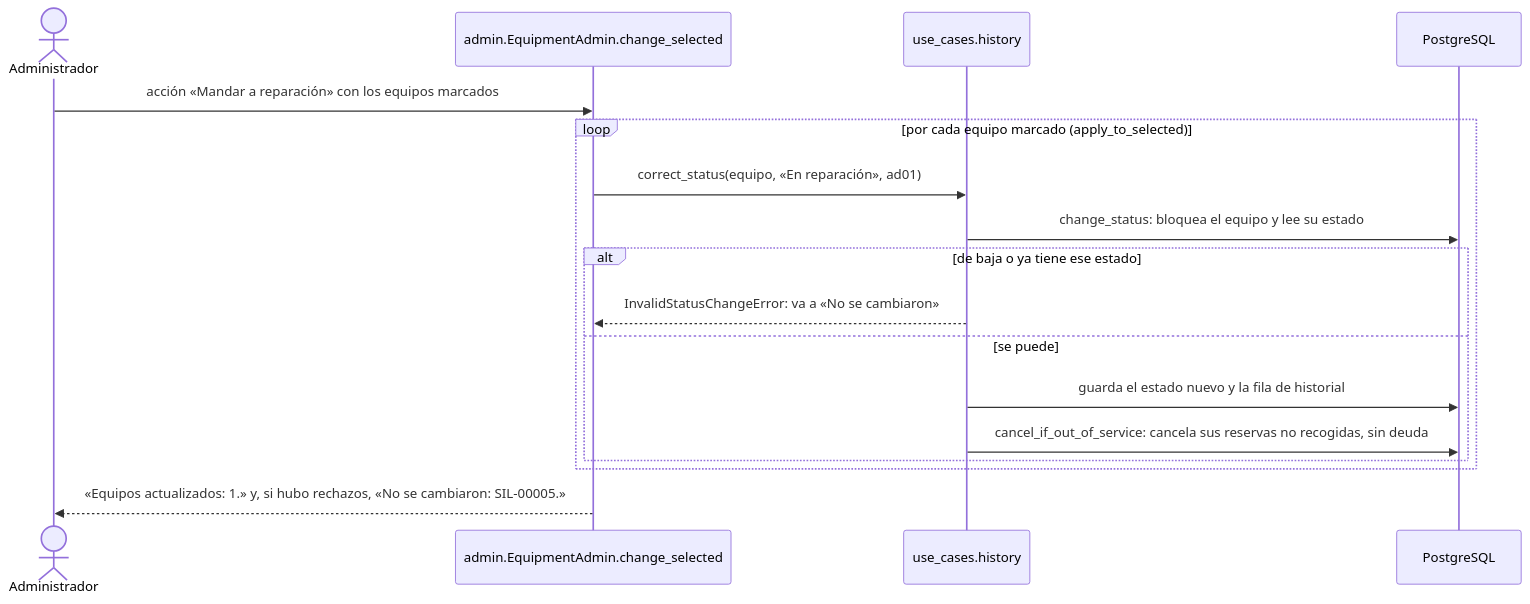
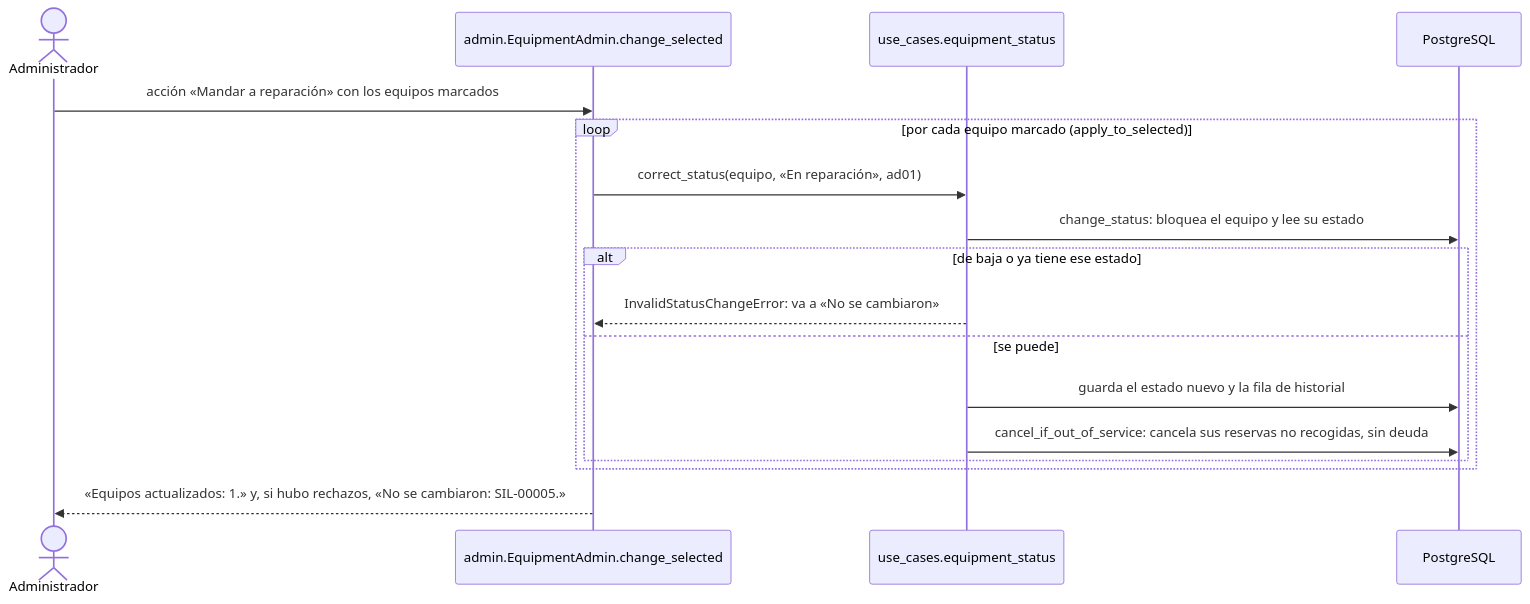
Before and after one commit to peterteranb/astra-rent-system: diagram 26 of 38 in docs/casos-de-uso.md, drawn with Mermaid. The commit also changed other lines of this file and 30 other files, not shown here.

````diff
--- a/docs/casos-de-uso.md
+++ b/docs/casos-de-uso.md
@@ -910,19 +910,19 @@
 ```mermaid
 sequenceDiagram
     actor A as Administrador
     participant V as admin.EquipmentAdmin.change_selected
-    participant U as use_cases.history
+    participant U as use_cases.equipment_status
     participant BD as PostgreSQL
     A->>V: acción «Mandar a reparación» con los equipos marcados
     loop por cada equipo marcado (apply_to_selected)
         V->>U: correct_status(equipo, «En reparación», ad01)
         U->>BD: change_status: bloquea el equipo y lee su estado
         alt de baja o ya tiene ese estado
             U-->>V: InvalidStatusChangeError: va a «No se cambiaron»
         else se puede
             U->>BD: guarda el estado nuevo y la fila de historial
             U->>BD: cancel_if_out_of_service: cancela sus reservas no recogidas, sin deuda
         end
     end
     V-->>A: «Equipos actualizados: 1.» y, si hubo rechazos, «No se cambiaron: SIL-00005.»
 ```
````
